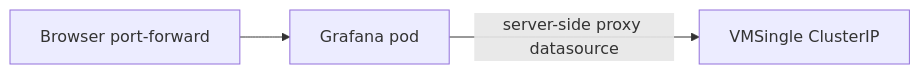
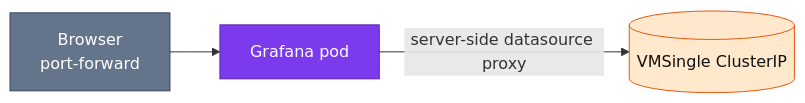
One commit to duynhlab/homelab changed the third of 4 diagrams in docs/observability/metrics/vmauth.md. Above: the diagram before and after it, drawn with Mermaid. The commit also changed other lines of this file and 33 other files, not shown here.

First line of the commit message:
Refresh observability diagrams (#516)

````diff
--- a/docs/observability/metrics/vmauth.md
+++ b/docs/observability/metrics/vmauth.md
@@ -164,9 +179,16 @@
 ```mermaid
 flowchart LR
-  Browser[Browser port-forward]
-  Grafana[Grafana pod]
-  VMSingle[VMSingle ClusterIP]
+    browser["Browser<br/>port-forward"]
+    grafana["Grafana pod"]
+    vmSingle[("VMSingle ClusterIP")]
 
-  Browser --> Grafana
-  Grafana -->|"server-side proxy datasource"| VMSingle
+    browser --> grafana
+    grafana -->|"server-side datasource proxy"| vmSingle
+
+    classDef external fill:#64748b,color:#fff,stroke:#334155;
+    classDef platform fill:#7c3aed,color:#fff,stroke:#5b21b6;
+    classDef metric fill:#ffe8cc,color:#111,stroke:#e8590c;
+    class browser external;
+    class grafana platform;
+    class vmSingle metric;
 ```
````
